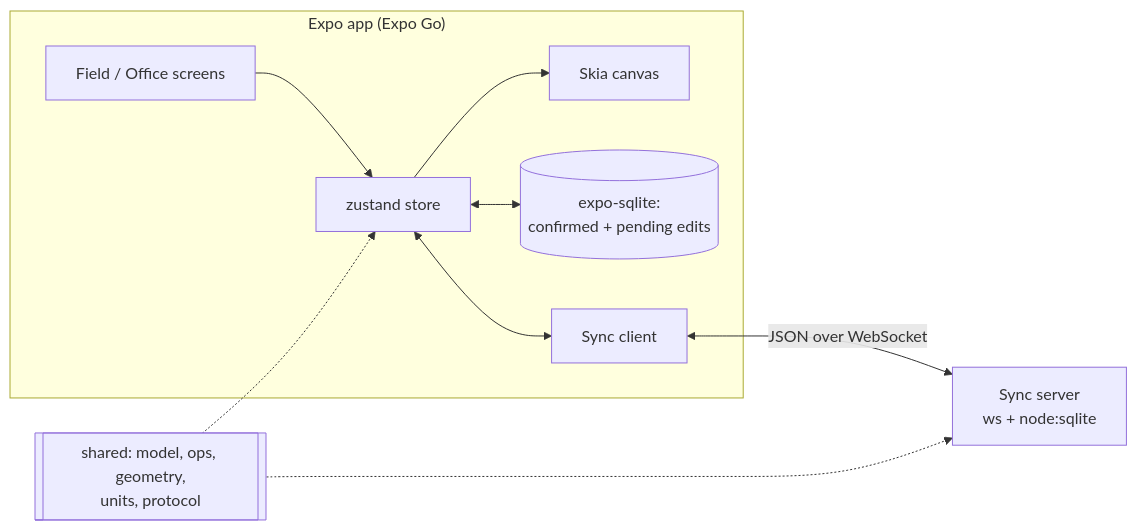
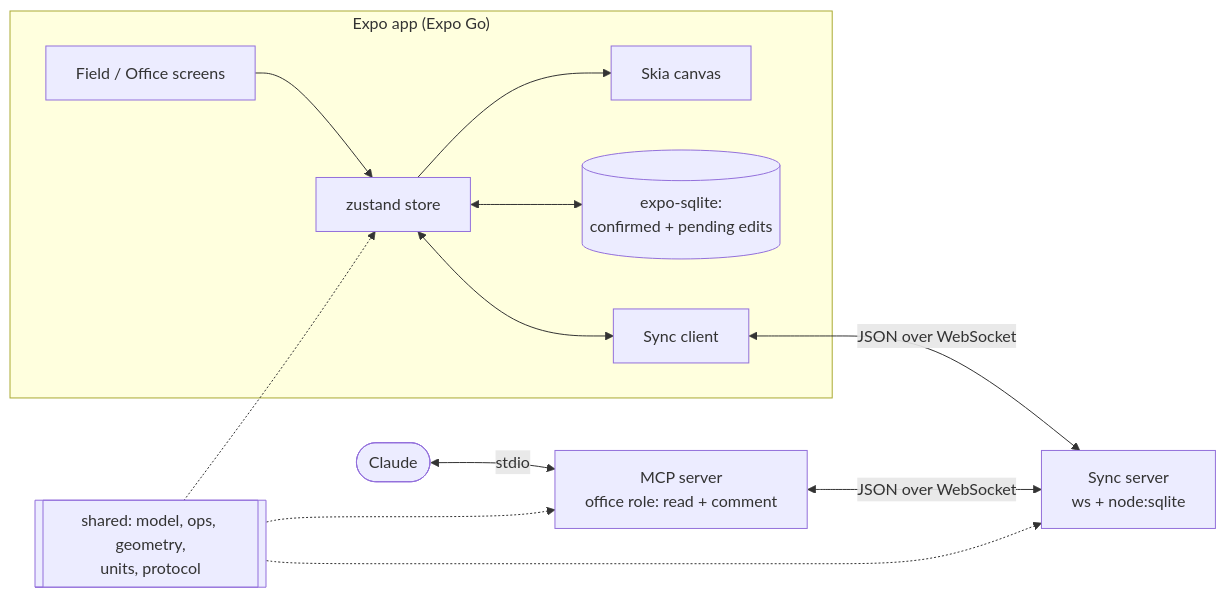
Before and after one commit to dadavidtseng/field-form: the diagram in docs/README.md, drawn with Mermaid. The commit also changed other lines of this file and 1 other file, not shown here.

````diff
--- a/docs/README.md
+++ b/docs/README.md
@@ -84,12 +84,15 @@
 ```mermaid
 flowchart LR
   subgraph Device["Expo app (Expo Go)"]
     UI[Field / Office screens] --> Store[zustand store]
     Store --> Canvas[Skia canvas]
     Store <--> Local[(expo-sqlite:<br/>confirmed + pending edits)]
     Store <--> WS[Sync client]
   end
   WS <-->|JSON over WebSocket| Server[Sync server<br/>ws + node:sqlite]
+  Claude([Claude]) <-->|stdio| MCP[MCP server<br/>office role: read + comment]
+  MCP <-->|JSON over WebSocket| Server
   Shared[[shared: model, ops, geometry,<br/>units, protocol]] -.-> Store
   Shared -.-> Server
+  Shared -.-> MCP
 ```
````
